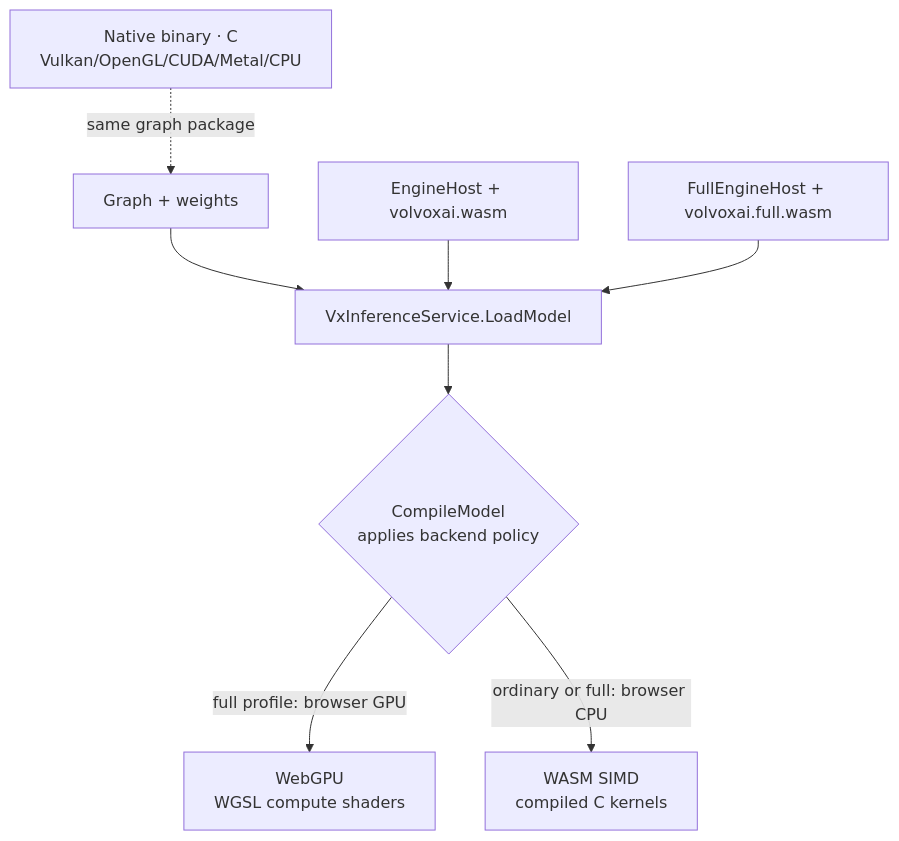
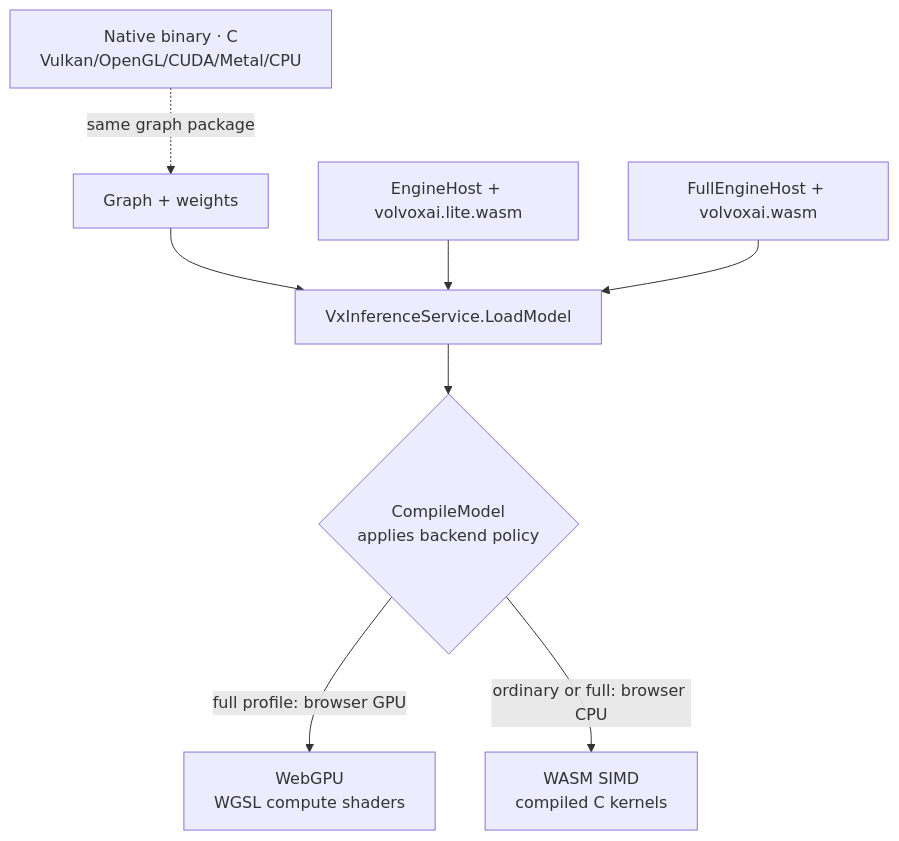
Before and after one commit to ivere27/volvoxai: the diagram in docs/textbook/01-foundations.md, drawn with Mermaid. The commit also changed 300 other files, not shown here.

````diff
--- a/docs/textbook/01-foundations.md
+++ b/docs/textbook/01-foundations.md
@@ -325,10 +325,10 @@
 ```mermaid
 flowchart TD
     G[Graph + weights] --> L[VxInferenceService.LoadModel]
-    O[EngineHost + volvoxai.wasm] --> L
-    F[FullEngineHost + volvoxai.full.wasm] --> L
+    O[EngineHost + volvoxai.lite.wasm] --> L
+    F[FullEngineHost + volvoxai.wasm] --> L
     L --> SEL{CompileModel<br/>applies backend policy}
     SEL -->|full profile: browser GPU| T1[WebGPU<br/>WGSL compute shaders]
     SEL -->|ordinary or full: browser CPU| T2[WASM SIMD<br/>compiled C kernels]
     N[Native binary · C<br/>Vulkan/OpenGL/CUDA/Metal/CPU] -.same graph package.-> G
 ```
````
